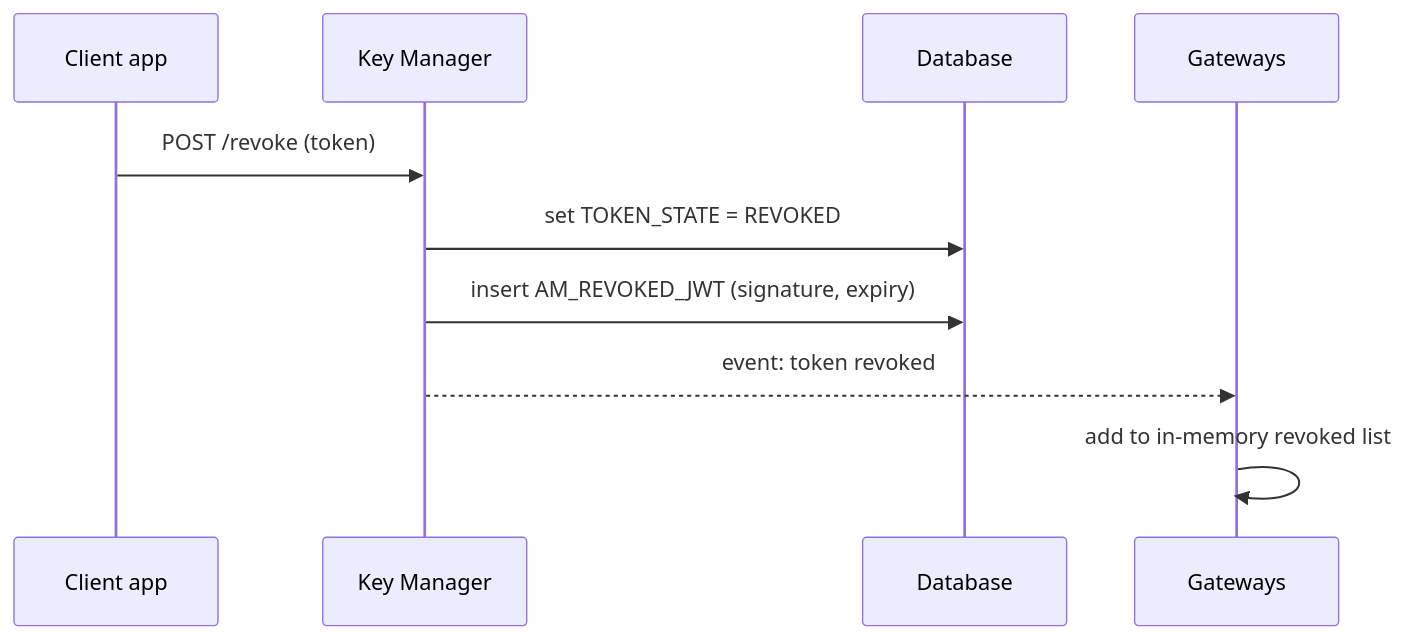
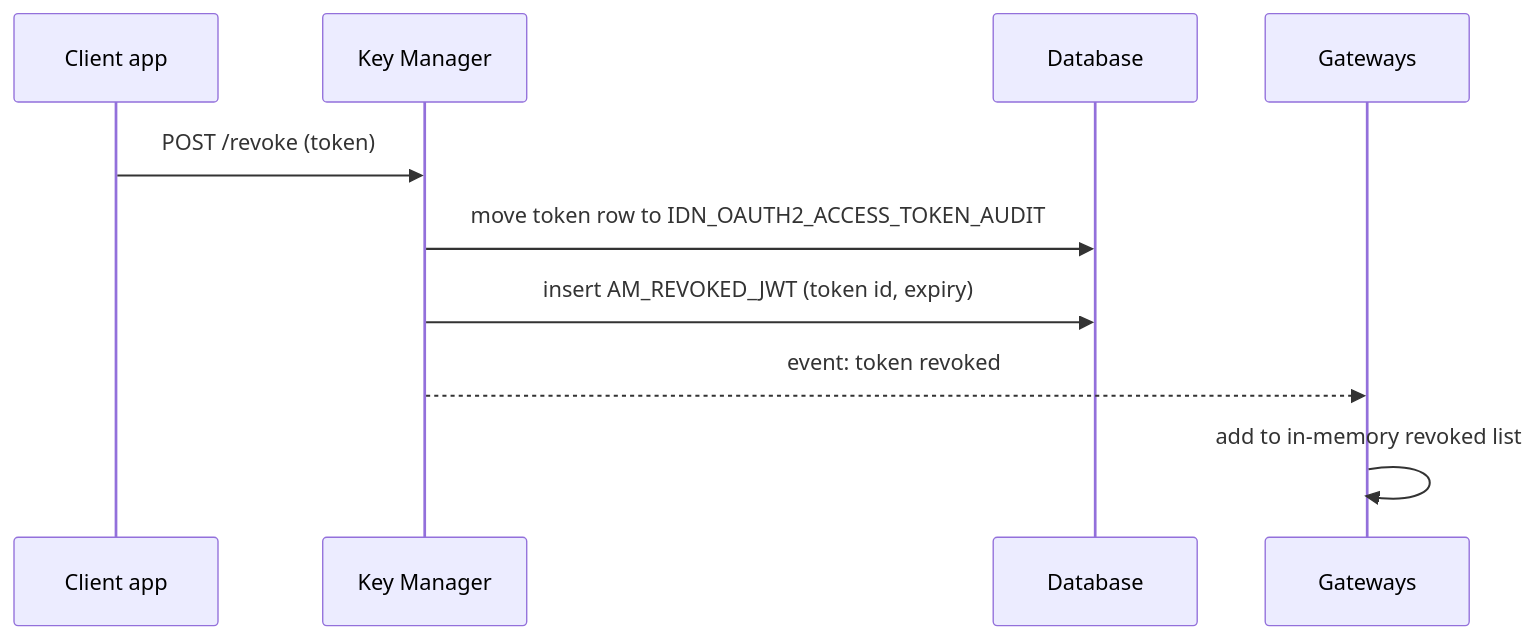
The first of 2 diagrams in docs/apim-3/flows/12-revocation-and-delete.md (SaviNimz/apim-db-docs), drawn with Mermaid before and after one commit. The commit also changed other lines of this file and 55 other files, not shown here.

First line of the commit message:
Verify all core flows against running 3.2.0 and 4.7.0 servers

````diff
--- a/docs/apim-3/flows/12-revocation-and-delete.md
+++ b/docs/apim-3/flows/12-revocation-and-delete.md
@@ -12,12 +22,12 @@
 ```mermaid
 sequenceDiagram
     participant App as Client app
     participant KM as Key Manager
     participant DB as Database
     participant GW as Gateways
     App->>KM: POST /revoke (token)
-    KM->>DB: set TOKEN_STATE = REVOKED
-    KM->>DB: insert AM_REVOKED_JWT (signature, expiry)
+    KM->>DB: move token row to IDN_OAUTH2_ACCESS_TOKEN_AUDIT
+    KM->>DB: insert AM_REVOKED_JWT (token id, expiry)
     KM-->>GW: event: token revoked
     GW->>GW: add to in-memory revoked list
 ```
````
